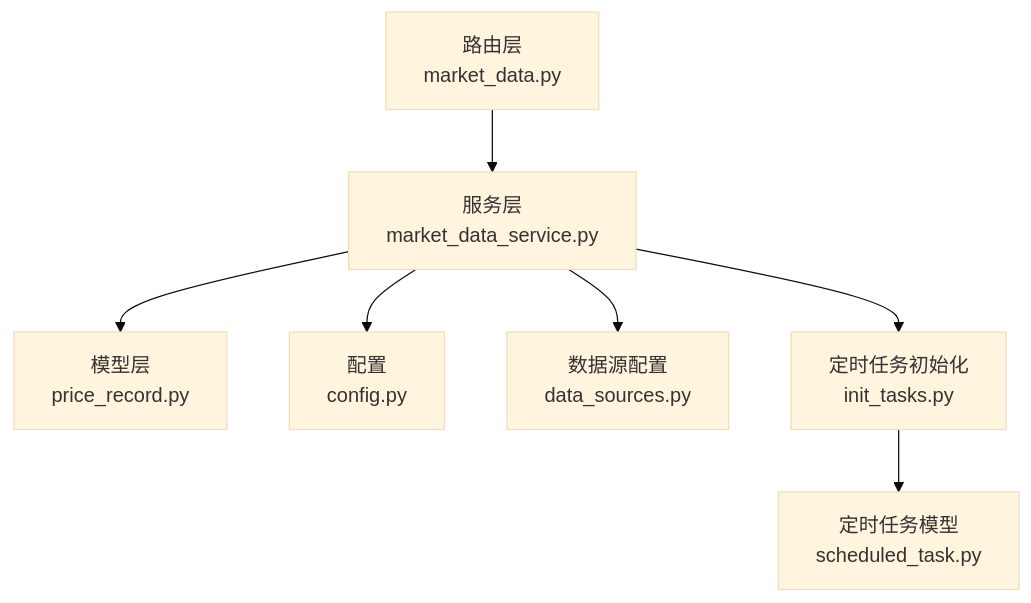
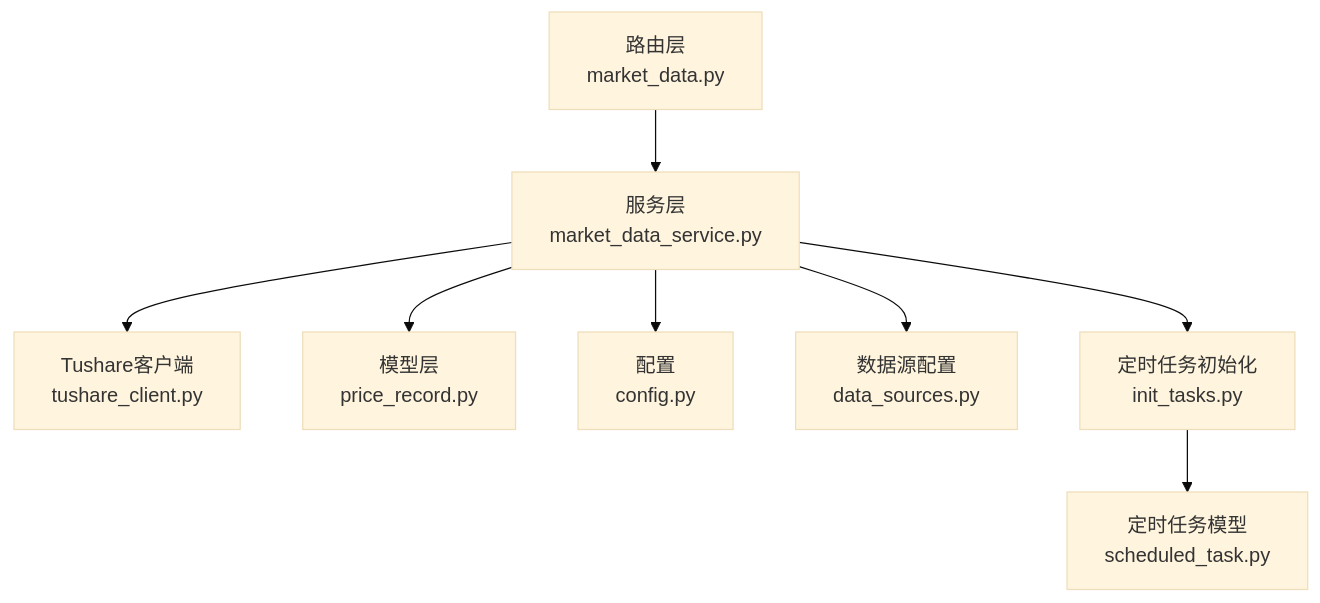
One commit to gujialind/InvestRing changed the eighth of 8 diagrams in .qoder/repowiki/zh/content/数据同步系统/历史数据回补.md. Above: the diagram before and after it, drawn with Mermaid (base theme). The commit also changed other lines of this file and 39 other files, not shown here.

````diff
--- a/.qoder/repowiki/zh/content/数据同步系统/历史数据回补.md
+++ b/.qoder/repowiki/zh/content/数据同步系统/历史数据回补.md
@@ -260,9 +285,10 @@
 ```mermaid
 graph TB
 R["路由层<br/>market_data.py"] --> S["服务层<br/>market_data_service.py"]
+S --> T["Tushare客户端<br/>tushare_client.py"]
 S --> M["模型层<br/>price_record.py"]
 S --> C["配置<br/>config.py"]
 S --> D["数据源配置<br/>data_sources.py"]
-S --> T["定时任务初始化<br/>init_tasks.py"]
-T --> ST["定时任务模型<br/>scheduled_task.py"]
+S --> TSK["定时任务初始化<br/>init_tasks.py"]
+TSK --> ST["定时任务模型<br/>scheduled_task.py"]
 ```
````
